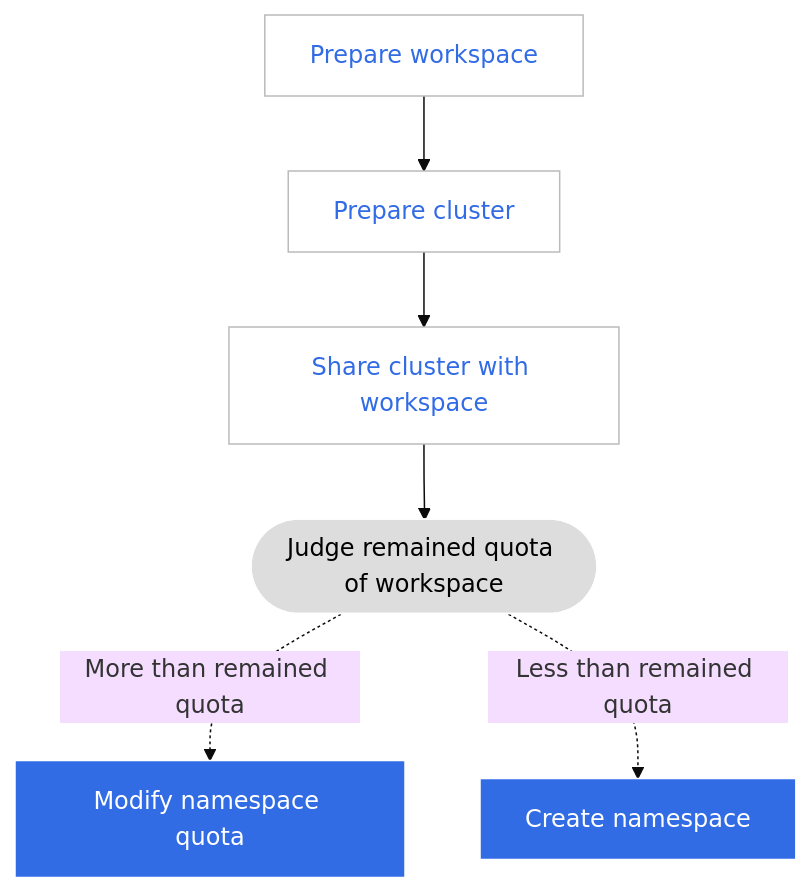
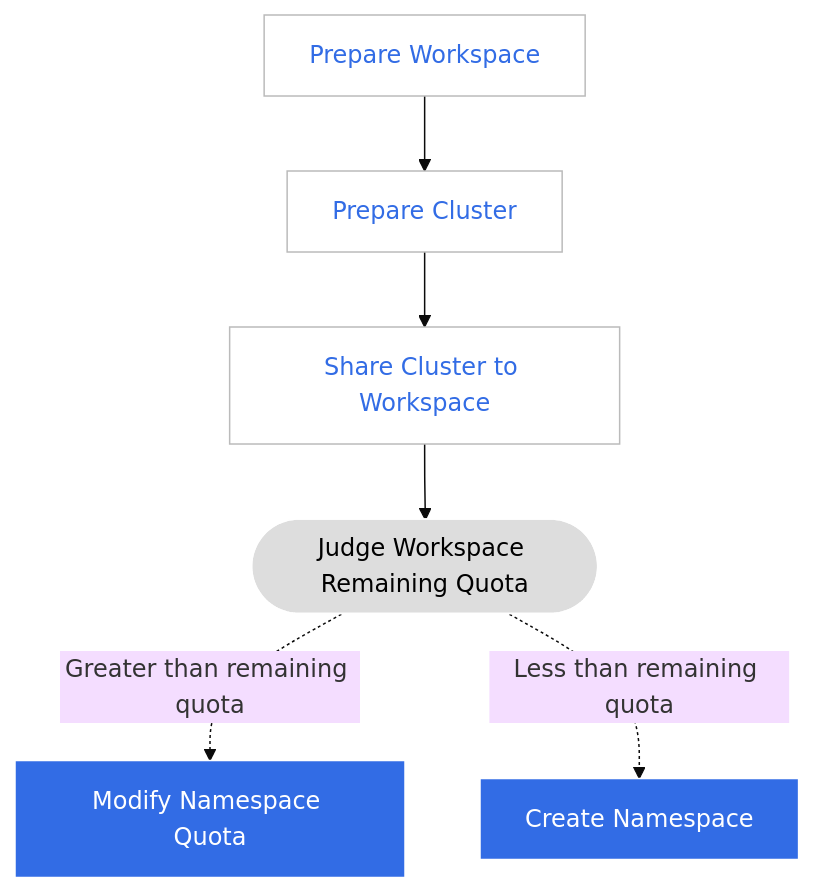
Before and after one commit to DaoCloud/DaoCloud-docs: the diagram in docs/en/docs/ghippo/best-practice/cluster-for-multiws.md, drawn with Mermaid (base theme). The commit also changed other lines of this file and 8 other files, not shown here.

Commit message:
[en] Update ghippo/best-practice/cluster-for-multiws.md

````diff
--- a/docs/en/docs/ghippo/best-practice/cluster-for-multiws.md
+++ b/docs/en/docs/ghippo/best-practice/cluster-for-multiws.md
@@ -17,23 +27,23 @@
 ```mermaid
 graph TB
 
-preparews[Prepare workspace] --> preparecs[Prepare cluster]
---> share[Share cluster with workspace]
---> judge([Judge remained quota of workspace])
-judge -.More than remained quota.->modifyns[Modify namespace quota]
-judge -.Less than remained quota.->createns[Create namespace]
+preparews[Prepare Workspace] --> preparecs[Prepare Cluster]
+--> share[Share Cluster to Workspace]
+--> judge([Judge Workspace Remaining Quota])
+judge -.Greater than remaining quota.->modifyns[Modify Namespace Quota]
+judge -.Less than remaining quota.->createns[Create Namespace]
 
 classDef plain fill:#ddd,stroke:#fff,stroke-width:1px,color:#000;
 classDef k8s fill:#326ce5,stroke:#fff,stroke-width:1px,color:#fff;
 classDef cluster fill:#fff,stroke:#bbb,stroke-width:1px,color:#326ce5;
 
 class preparews,preparecs,share, cluster;
 class judge plain
 class modifyns,createns k8s
 
-click preparews "https://docs.daocloud.io/en/ghippo/user-guide/workspace/a-cluster-to-multi-ws/#_2"
-click preparecs "https://docs.daocloud.io/en/ghippo/user-guide/workspace/a-cluster-to-multi-ws/#_3"
-click share "https://docs.daocloud.io/en/ghippo/user-guide/workspace/a-cluster-to-multi-ws/#_4"
-click createns "https://docs.daocloud.io/en/amamba/03UserGuide/Namespace/namespace/#_3"
-click modifyns "https://docs.daocloud.io/en/amamba/03UserGuide/Namespace/namespace/#_4"
+click preparews "https://docs.daocloud.io/en/ghippo/user-guide/workspace/cluster-for-multiws/#prepare-a-workspace"
+click preparecs "https://docs.daocloud.io/en/ghippo/user-guide/workspace/cluster-for-multiws/#prepare-a-cluster"
+click share "https://docs.daocloud.io/en/ghippo/user-guide/workspace/cluster-for-multiws/#add-a-cluster-to-the-workspace"
+click createns "https://docs.daocloud.io/en/amamba/user-guide/namespace/namespace/#create-a-namespace"
+click modifyns "https://docs.daocloud.io/en/amamba/user-guide/namespace/namespace/#namespace-quotas"
 ```
````
